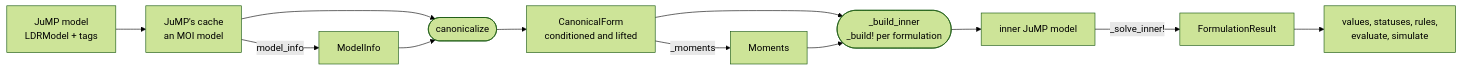
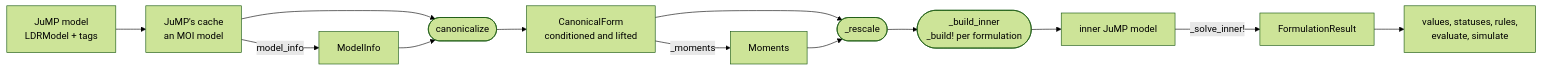
Before and after one commit to bfpc/LinearDecisionRules.jl: the diagram in docs/src/developer/architecture.md, drawn with Mermaid (forest theme). The commit also changed other lines of this file and 13 other files, not shown here.

````diff
--- a/docs/src/developer/architecture.md
+++ b/docs/src/developer/architecture.md
@@ -16,14 +17,15 @@
 ```mermaid
 flowchart LR
     model["JuMP model<br/>LDRModel + tags"] --> cache["JuMP's cache<br/>an MOI model"]
     cache -->|"model_info"| info["ModelInfo"]
     cache --> canon(["canonicalize"])
     info --> canon
     canon --> form["CanonicalForm<br/>conditioned and lifted"]
     form -->|"_moments"| mom["Moments"]
-    form --> build(["_build_inner<br/>_build! per formulation"])
-    mom --> build
+    form --> rescale(["_rescale"])
+    mom --> rescale
+    rescale --> build(["_build_inner<br/>_build! per formulation"])
     build --> inner["inner JuMP model"]
     inner -->|"_solve_inner!"| result["FormulationResult"]
     result --> queries["values, statuses, rules,<br/>evaluate, simulate"]
 ```
````
